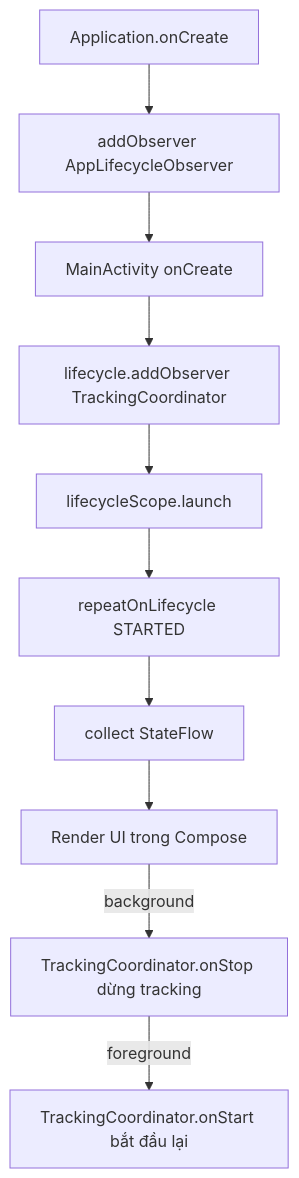
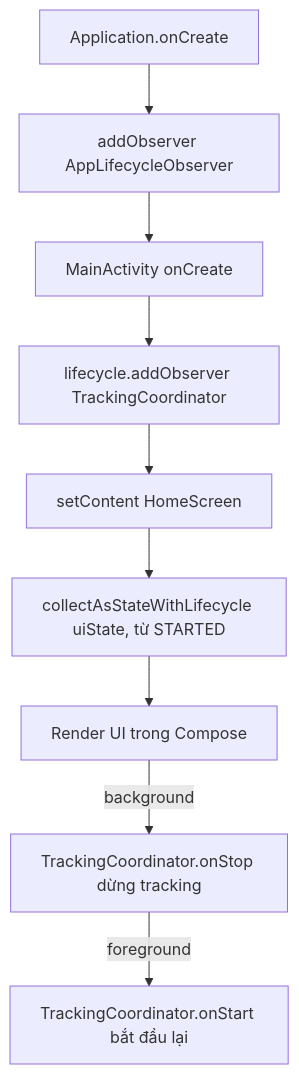
Before and after one commit to h1eu/knowledge: the fourth of 5 diagrams in knowledge/android/docs/session_04/components/activity/lifecycle.md, drawn with Mermaid. The commit also changed other lines of this file and 76 other files, not shown here.

First line of the commit message:
docs(android): add Compose Overview, fix S01–S05 facts and diagrams

````diff
--- a/knowledge/android/docs/session_04/components/activity/lifecycle.md
+++ b/knowledge/android/docs/session_04/components/activity/lifecycle.md
@@ -453,12 +455,11 @@
 ```mermaid
 flowchart TD
     AppStart[Application.onCreate] --> PLO[addObserver AppLifecycleObserver]
     PLO --> A1[MainActivity onCreate]
     A1 --> AddObs[lifecycle.addObserver TrackingCoordinator]
-    AddObs --> Launched[lifecycleScope.launch]
-    Launched --> RoL[repeatOnLifecycle STARTED]
-    RoL --> Collect[collect StateFlow]
+    AddObs --> SetContent[setContent HomeScreen]
+    SetContent --> Collect[collectAsStateWithLifecycle uiState, từ STARTED]
     Collect --> Render[Render UI trong Compose]
     Render -->|background| StopTrack[TrackingCoordinator.onStop dừng tracking]
     StopTrack -->|foreground| ResumeTrack[TrackingCoordinator.onStart bắt đầu lại]
 ```
````
